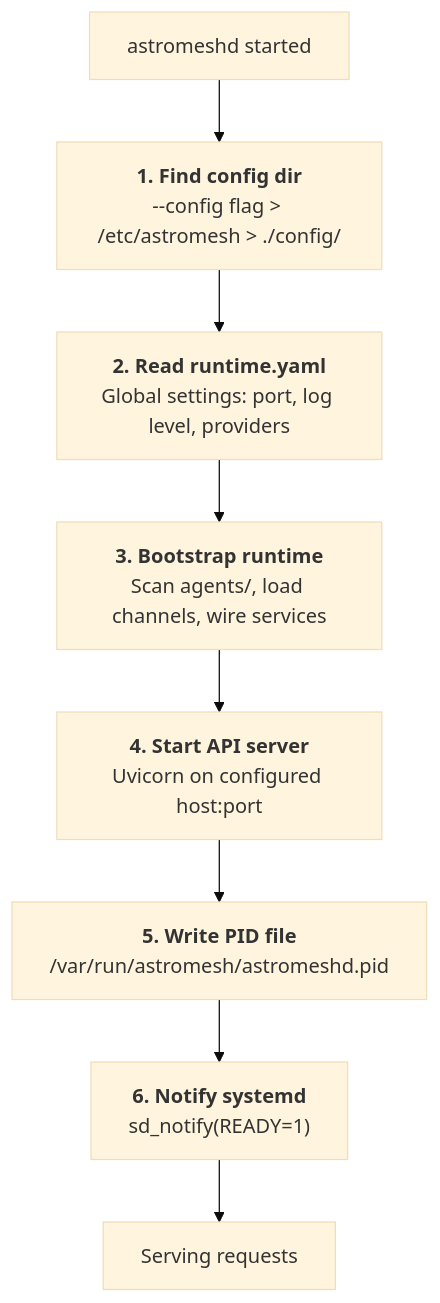
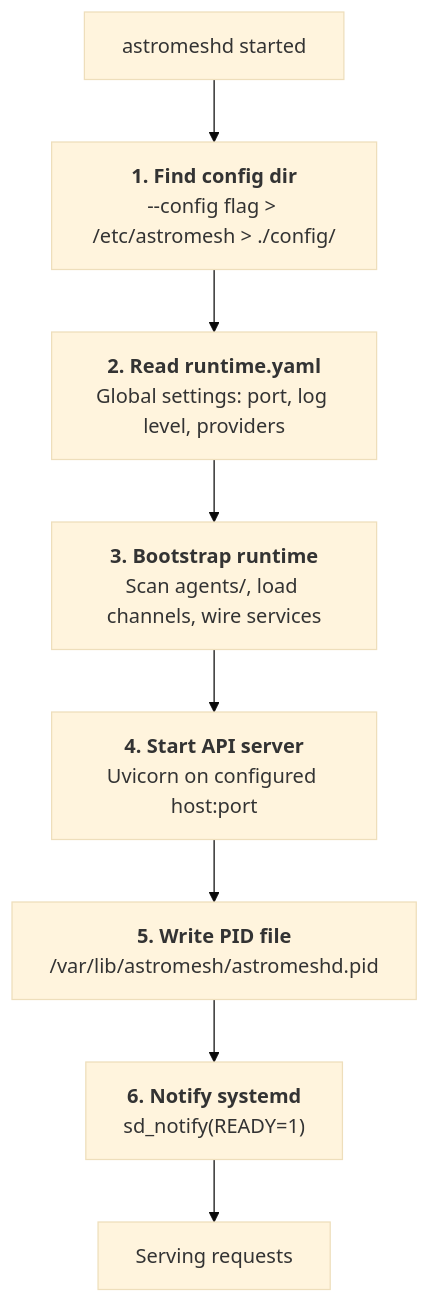
Before and after one commit to monaccode/astromesh: the diagram in docs-site/src/content/docs/reference/os/daemon.md, drawn with Mermaid (base theme). The commit also changed other lines of this file and 70 other files, not shown here.

````diff
--- a/docs-site/src/content/docs/reference/os/daemon.md
+++ b/docs-site/src/content/docs/reference/os/daemon.md
@@ -21,24 +21,24 @@
 ```mermaid
 flowchart TB
     start["astromeshd started"]
     s1["`**1. Find config dir**
     --config flag > /etc/astromesh > ./config/`"]
     s2["`**2. Read runtime.yaml**
     Global settings: port, log level, providers`"]
     s3["`**3. Bootstrap runtime**
     Scan agents/, load channels, wire services`"]
     s4["`**4. Start API server**
     Uvicorn on configured host:port`"]
     s5["`**5. Write PID file**
-    /var/run/astromesh/astromeshd.pid`"]
+    /var/lib/astromesh/astromeshd.pid`"]
     s6["`**6. Notify systemd**
     sd_notify(READY=1)`"]
     serving["Serving requests"]
     start --> s1
     s1 --> s2
     s2 --> s3
     s3 --> s4
     s4 --> s5
     s5 --> s6
     s6 --> serving
 ```
````
